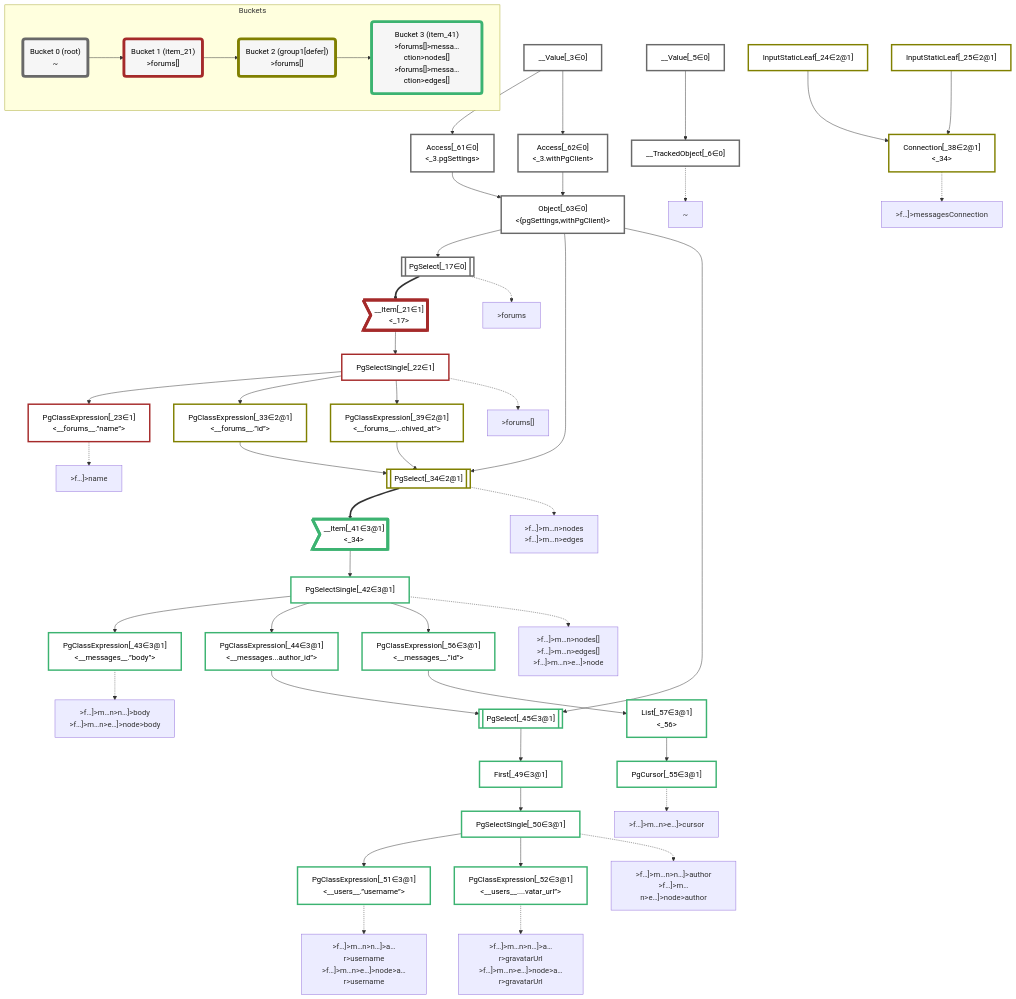
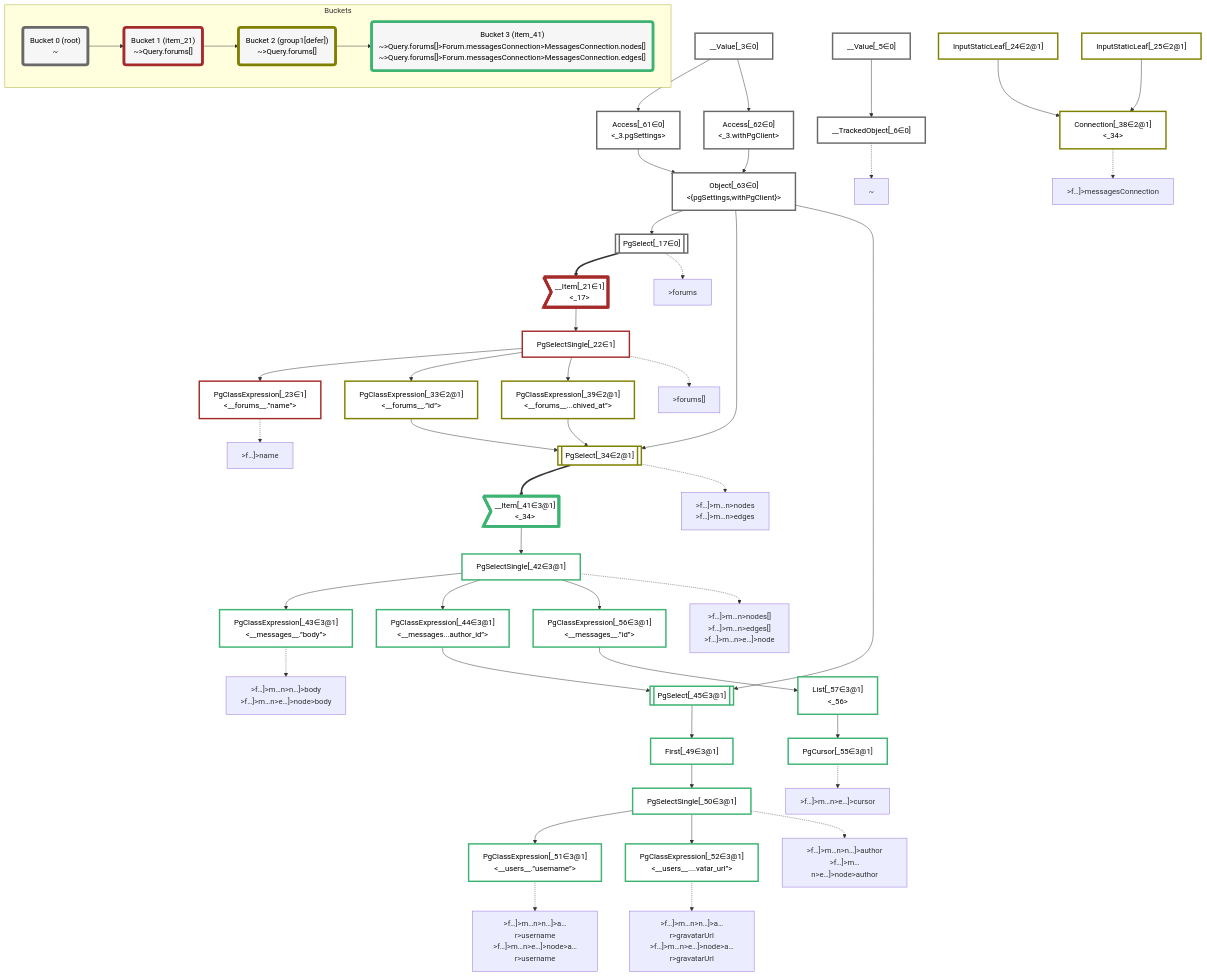
Before and after one commit to graphile/crystal: the diagram in packages/dataplan-pg/__tests__/queries/conditions/archived-forum-inherited-messages.defer-1.deopt.mermaid.md, drawn with Mermaid. The commit also changed 141 other files, not shown here.

```diff
--- a/packages/dataplan-pg/__tests__/queries/conditions/archived-forum-inherited-messages.defer-1.deopt.mermaid.md
+++ b/packages/dataplan-pg/__tests__/queries/conditions/archived-forum-inherited-messages.defer-1.deopt.mermaid.md
@@ -107,13 +107,13 @@
     subgraph Buckets
     Bucket0("Bucket 0 (root)<br />~"):::bucket
     style Bucket0 stroke:#696969
-    Bucket1("Bucket 1 (item_21)<br />>forums[]"):::bucket
+    Bucket1("Bucket 1 (item_21)<br />~>Query.forums[]"):::bucket
     style Bucket1 stroke:#a52a2a
     Bucket0 --> Bucket1
-    Bucket2("Bucket 2 (group1[defer])<br />>forums[]"):::bucket
+    Bucket2("Bucket 2 (group1[defer])<br />~>Query.forums[]"):::bucket
     style Bucket2 stroke:#808000
     Bucket1 --> Bucket2
-    Bucket3("Bucket 3 (item_41)<br />>forums[]>messa…ction>nodes[]<br />>forums[]>messa…ction>edges[]"):::bucket
+    Bucket3("Bucket 3 (item_41)<br />~>Query.forums[]>Forum.messagesConnection>MessagesConnection.nodes[]<br />~>Query.forums[]>Forum.messagesConnection>MessagesConnection.edges[]"):::bucket
     style Bucket3 stroke:#3cb371
     Bucket2 --> Bucket3
     end
```
